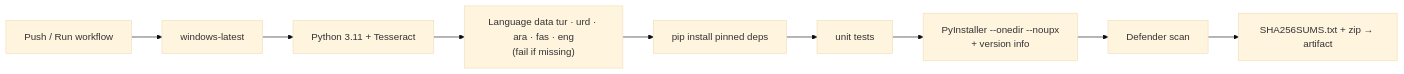
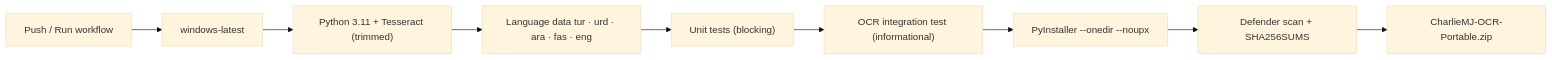
Before and after one commit to awsrmmustansarjavaid/charliemj-ocr-studio: the third of 3 diagrams in docs/ARCHITECTURE.md, drawn with Mermaid (base theme). The commit also changed other lines of this file and 32 other files, not shown here.

````diff
--- a/docs/ARCHITECTURE.md
+++ b/docs/ARCHITECTURE.md
@@ -108,11 +71,11 @@
 ```mermaid
 flowchart LR
     A["Push / Run workflow"] --> B["windows-latest"]
-    B --> C["Python 3.11 + Tesseract"]
-    C --> D["Language data tur · urd · ara · fas · eng<br/>(fail if missing)"]
-    D --> E["pip install pinned deps"]
-    E --> F["unit tests"]
-    F --> G["PyInstaller --onedir --noupx<br/>+ version info"]
-    G --> H["Defender scan"]
-    H --> I["SHA256SUMS.txt + zip → artifact"]
+    B --> C["Python 3.11 + Tesseract (trimmed)"]
+    C --> D["Language data tur · urd · ara · fas · eng"]
+    D --> E["Unit tests (blocking)"]
+    E --> F["OCR integration test (informational)"]
+    F --> G["PyInstaller --onedir --noupx"]
+    G --> H["Defender scan + SHA256SUMS"]
+    H --> I["CharlieMJ-OCR-Portable.zip"]
 ```
````
